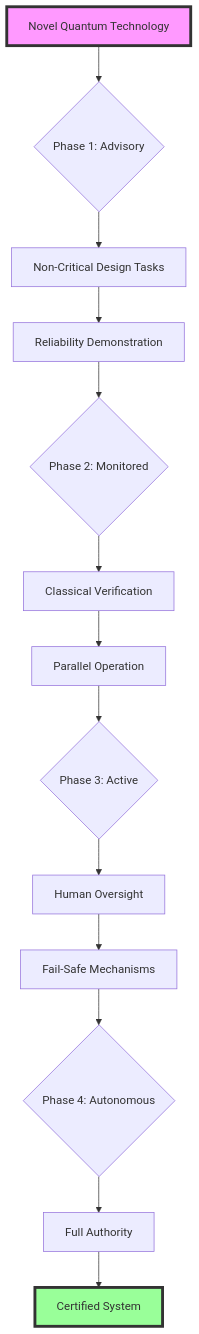
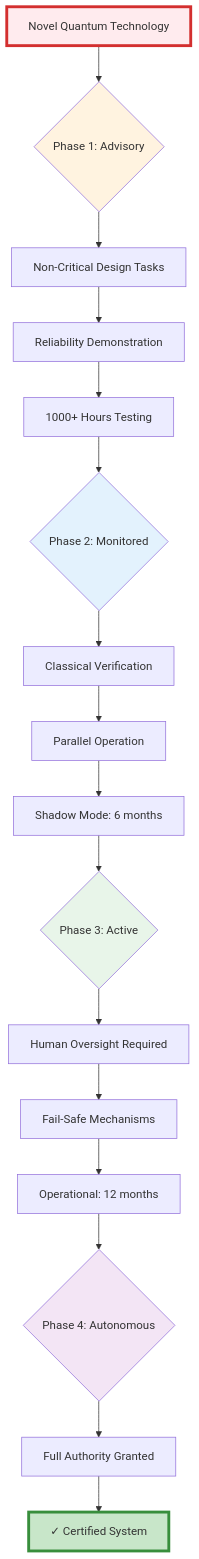
One commit to Robbbo-T/Robbbo-T changed diagram 15 of 33 in README.md. Above: the diagram before and after it, drawn with Mermaid. The commit also changed other lines of this file, not shown here.

````diff
--- a/README.md
+++ b/README.md
@@ -1077,21 +1610,28 @@
 ```mermaid
 graph TD
     A[Novel Quantum Technology] --> B{Phase 1: Advisory}
     B --> C[Non-Critical Design Tasks]
     C --> D[Reliability Demonstration]
+    D --> D1[1000+ Hours Testing]
     
-    D --> E{Phase 2: Monitored}
+    D1 --> E{Phase 2: Monitored}
     E --> F[Classical Verification]
     F --> G[Parallel Operation]
+    G --> G1[Shadow Mode: 6 months]
     
-    G --> H{Phase 3: Active}
-    H --> I[Human Oversight]
+    G1 --> H{Phase 3: Active}
+    H --> I[Human Oversight Required]
     I --> J[Fail-Safe Mechanisms]
+    J --> J1[Operational: 12 months]
     
-    J --> K{Phase 4: Autonomous}
-    K --> L[Full Authority]
-    L --> M[Certified System]
+    J1 --> K{Phase 4: Autonomous}
+    K --> L[Full Authority Granted]
+    L --> M[✓ Certified System]
     
-    style A fill:#f9f,stroke:#333,stroke-width:4px
-    style M fill:#9f9,stroke:#333,stroke-width:4px
+    style A fill:#ffebee,stroke:#d32f2f,stroke-width:4px
+    style B fill:#fff3e0
+    style E fill:#e3f2fd
+    style H fill:#e8f5e9
+    style K fill:#f3e5f5
+    style M fill:#c8e6c9,stroke:#388e3c,stroke-width:4px
 ```
````
